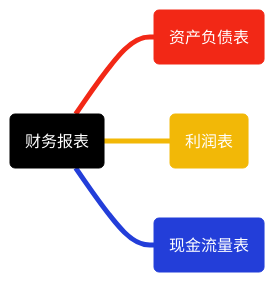
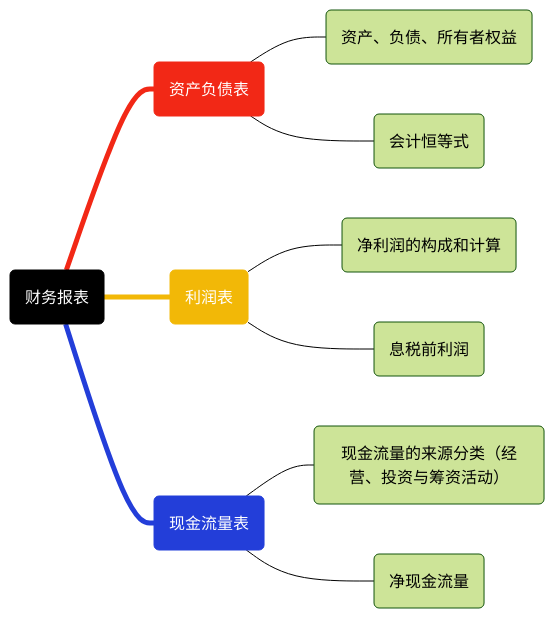
One commit to LiaoSirui/blog.liaosirui.com changed the diagram in 金融/基金从业资格/投资管理基础/财务报表.md. Above: the diagram before and after it, drawn with Mermaid (forest theme). The commit also changed other lines of this file and 1 other file, not shown here.

````diff
--- a/金融/基金从业资格/投资管理基础/财务报表.md
+++ b/金融/基金从业资格/投资管理基础/财务报表.md
@@ -1,26 +1,38 @@
 ```mermaid
 %% graph 定义流程图，方向从左到右
 graph LR
 
 %% 把每个节点定义成变量
 root(财务报表)
 root1(资产负债表)
 root2(利润表)
 root3(现金流量表)
+root11(资产、负债、所有者权益)
+root12(会计恒等式)
+root21(净利润的构成和计算)
+root22(息税前利润)
+root31(现金流量的来源分类（经营、投资与筹资活动）)
+root32(净现金流量)
 
 %% 定义变量后再开始连接节点
 root --- root1
 root --- root2
 root --- root3
+root1 --- root11
+root1 --- root12
+root2 --- root21
+root2 --- root22
+root3 --- root31
+root3 --- root32
 
 %% 绘制节点的样式，fill 背景色，stroke 边框，color 字体颜色
 style root fill:black,stroke:black,stroke-width:1px,color:white
 style root1 fill:#f22816,stroke:#f22816,stroke-width:1px,color:white
 style root2 fill:#f2b807,stroke:#f2b807,stroke-width:1px,color:white
 style root3 fill:#233ed9,stroke:#233ed9,stroke-width:1px,color:white
 
 %% 绘制线条的样式
 linkStyle 0 stroke:#f22816,stroke-width:5px;
 linkStyle 1 stroke:#f2b807,stroke-width:5px;
 linkStyle 2 stroke:#233ed9,stroke-width:5px;
 ```
````
